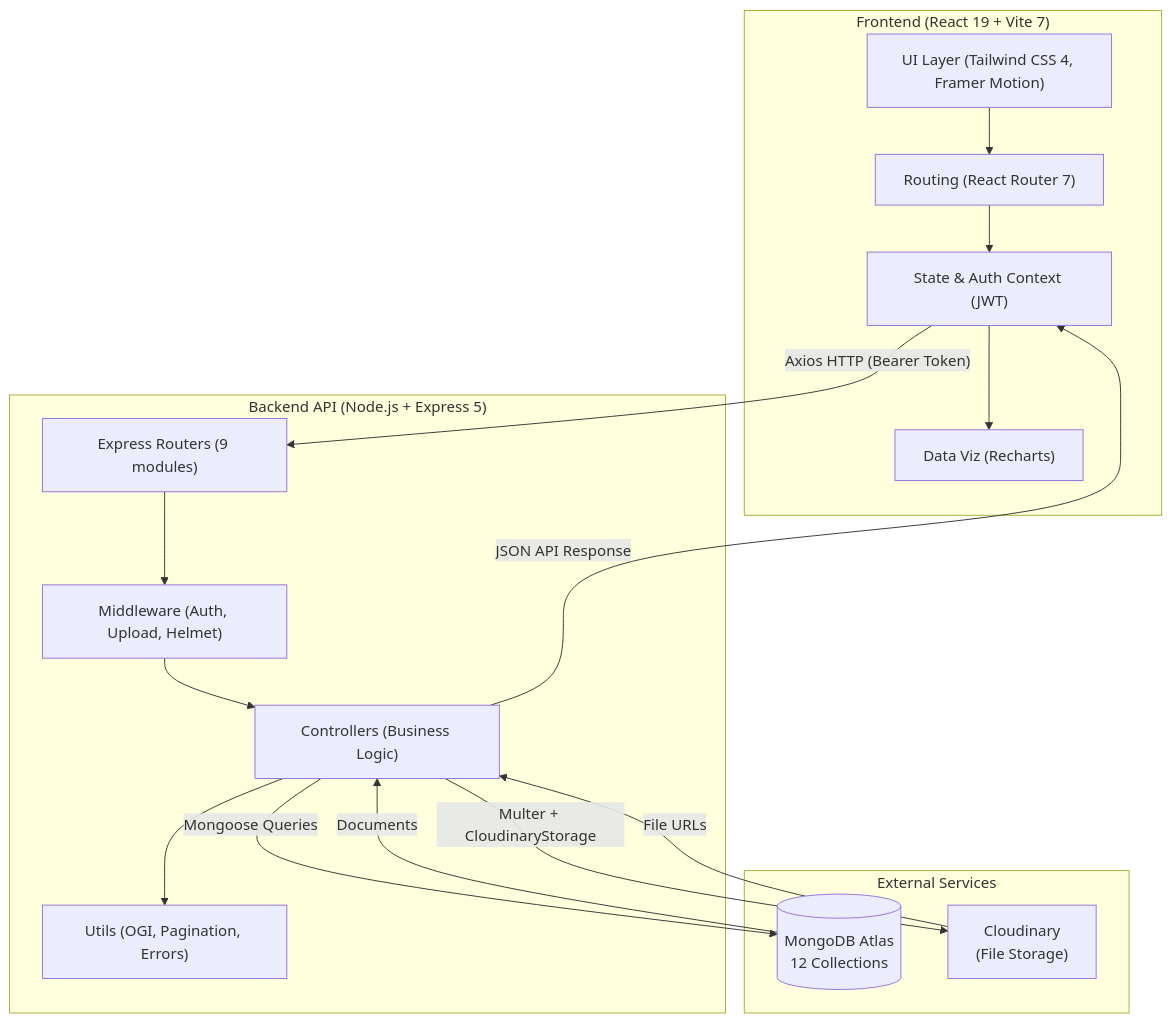
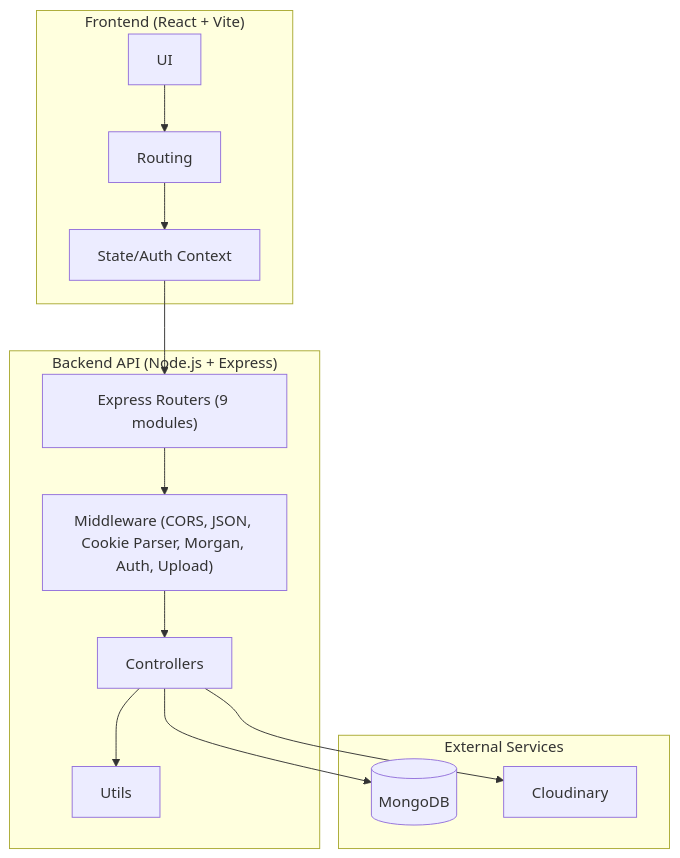
One commit to ArunavKishor/NavKalpana-RICR-NK-0003 changed the diagram in docs/architecture-diagram.md. Above: the diagram before and after it, drawn with Mermaid. The commit also changed other lines of this file and 6 other files, not shown here.

````diff
--- a/docs/architecture-diagram.md
+++ b/docs/architecture-diagram.md
@@ -9,34 +7,29 @@
 ```mermaid
 graph TD
-    subgraph "Frontend (React 19 + Vite 7)"
-        UI["UI Layer (Tailwind CSS 4, Framer Motion)"]
-        RT["Routing (React Router 7)"]
-        State["State & Auth Context (JWT)"]
-        Charts["Data Viz (Recharts)"]
+    subgraph "Frontend (React + Vite)"
+        UI["UI"]
+        RT["Routing"]
+        State["State/Auth Context"]
     end
 
-    subgraph "Backend API (Node.js + Express 5)"
+    subgraph "Backend API (Node.js + Express)"
         Router["Express Routers (9 modules)"]
-        MW["Middleware (Auth, Upload, Helmet)"]
-        Ctrl["Controllers (Business Logic)"]
-        Util["Utils (OGI, Pagination, Errors)"]
+        MW["Middleware (CORS, JSON, Cookie Parser, Morgan, Auth, Upload)"]
+        Ctrl["Controllers"]
+        Util["Utils"]
     end
 
     subgraph "External Services"
-        DB[("MongoDB Atlas\n12 Collections")]
-        CDN["Cloudinary\n(File Storage)"]
+        DB[("MongoDB")]
+        CDN["Cloudinary"]
     end
 
     UI --> RT
     RT --> State
-    State -- "Axios HTTP (Bearer Token)" --> Router
+    State --> Router
     Router --> MW
     MW --> Ctrl
     Ctrl --> Util
-    Ctrl -- "Mongoose Queries" --> DB
-    Ctrl -- "Multer + CloudinaryStorage" --> CDN
-    CDN -- "File URLs" --> Ctrl
-    DB -- "Documents" --> Ctrl
-    Ctrl -- "JSON API Response" --> State
-    State --> Charts
+    Ctrl --> DB
+    Ctrl --> CDN
 ```
````
